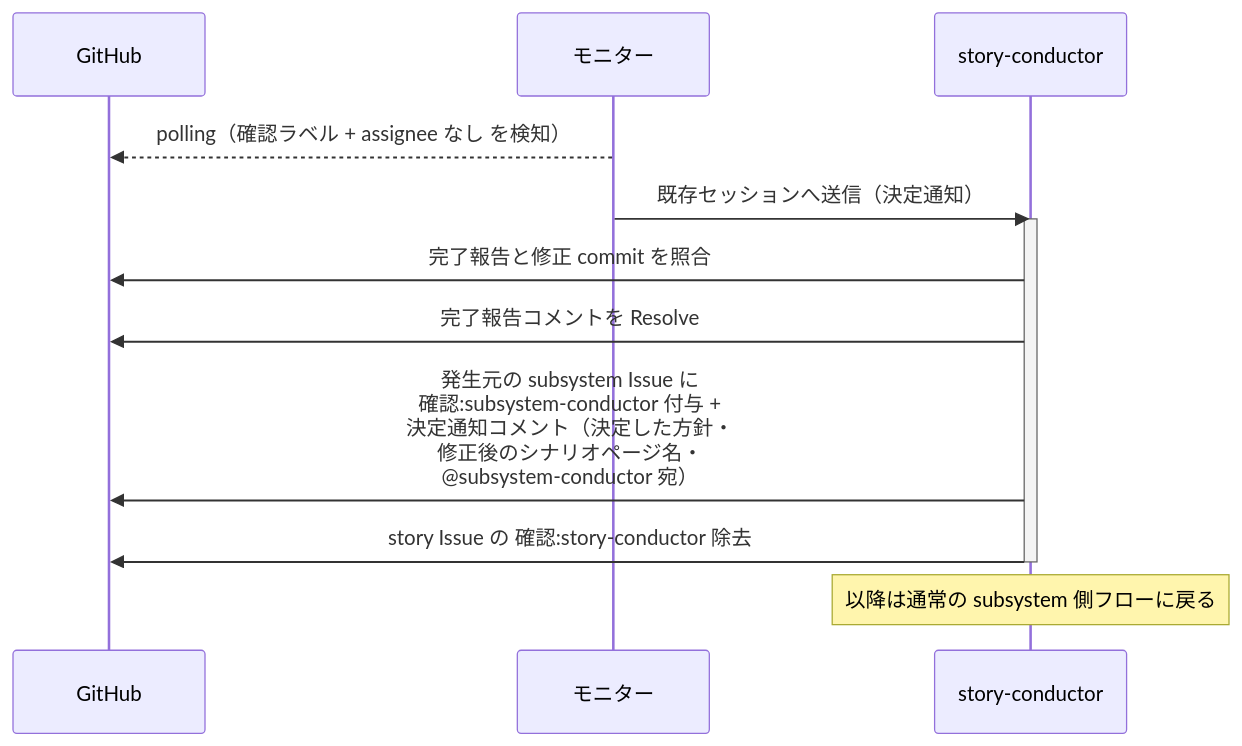
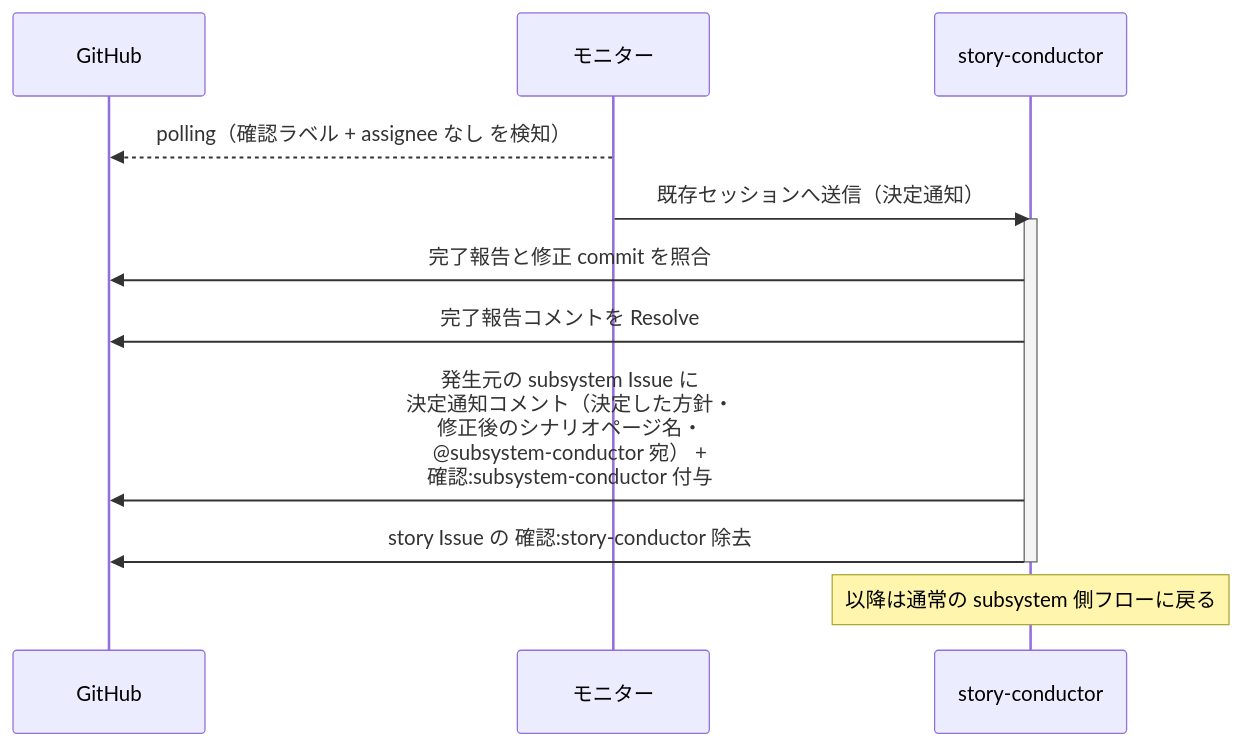
One commit to shuhei1101/ai-monitor changed the fifth of 6 diagrams in docs/wiki/設計図/シナリオ/単一ユースケース/エスカレーション対応.md. Above: the diagram before and after it, drawn with Mermaid. The commit also changed other lines of this file and 29 other files, not shown here.

````diff
--- a/docs/wiki/設計図/シナリオ/単一ユースケース/エスカレーション対応.md
+++ b/docs/wiki/設計図/シナリオ/単一ユースケース/エスカレーション対応.md
@@ -178,16 +178,16 @@
 ```mermaid
 sequenceDiagram
   participant GH as GitHub
   participant ORC as モニター
   participant MON as story-conductor
 
   ORC-->>GH: polling（確認ラベル + assignee なし を検知）
   ORC->>MON: 既存セッションへ送信（決定通知）
   activate MON
   MON->>GH: 完了報告と修正 commit を照合
   MON->>GH: 完了報告コメントを Resolve
-  MON->>GH: 発生元の subsystem Issue に<br>確認:subsystem-conductor 付与 +<br>決定通知コメント（決定した方針・<br>修正後のシナリオページ名・<br>@subsystem-conductor 宛）
+  MON->>GH: 発生元の subsystem Issue に<br>決定通知コメント（決定した方針・<br>修正後のシナリオページ名・<br>@subsystem-conductor 宛） +<br>確認:subsystem-conductor 付与
   MON->>GH: story Issue の 確認:story-conductor 除去
   deactivate MON
   Note over MON: 以降は通常の subsystem 側フローに戻る
 ```
````
